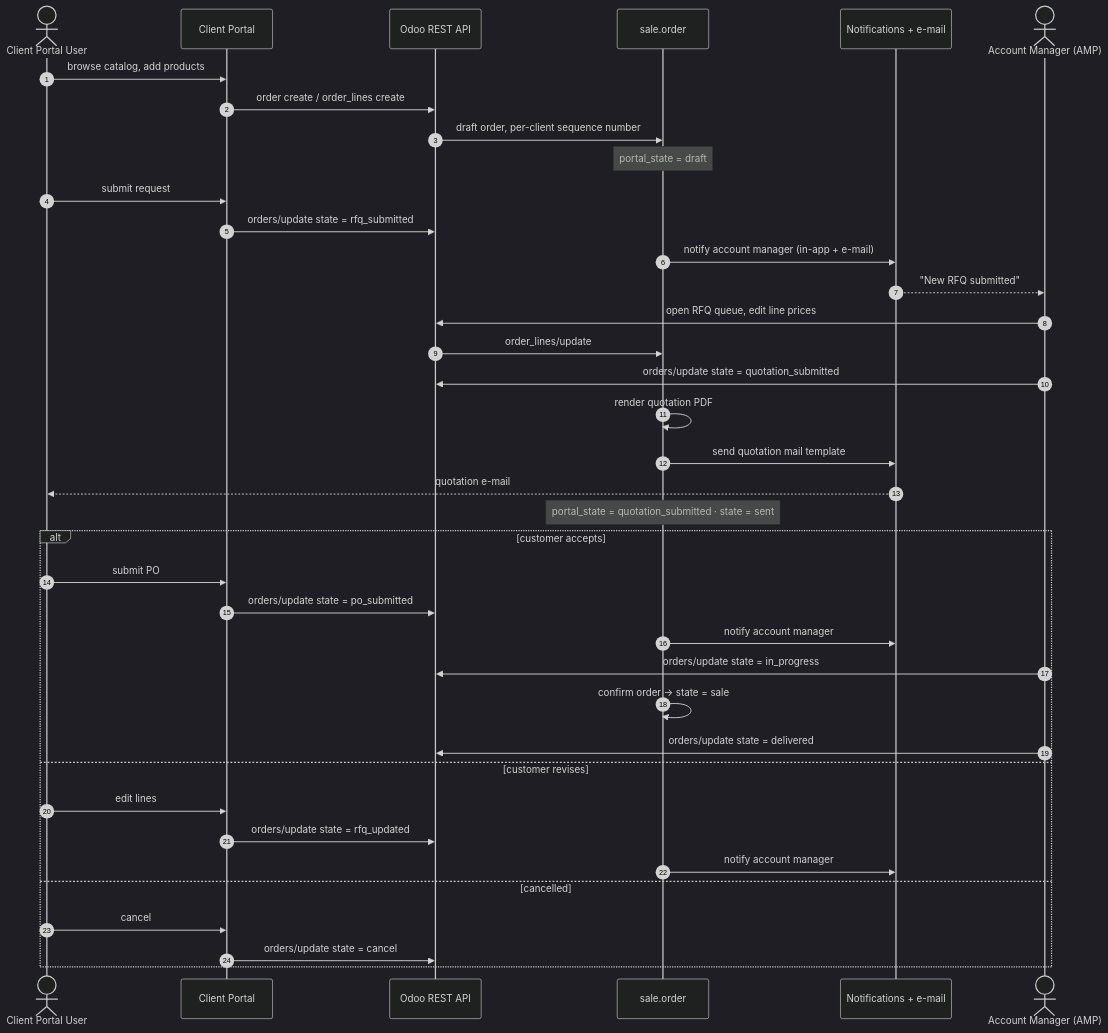
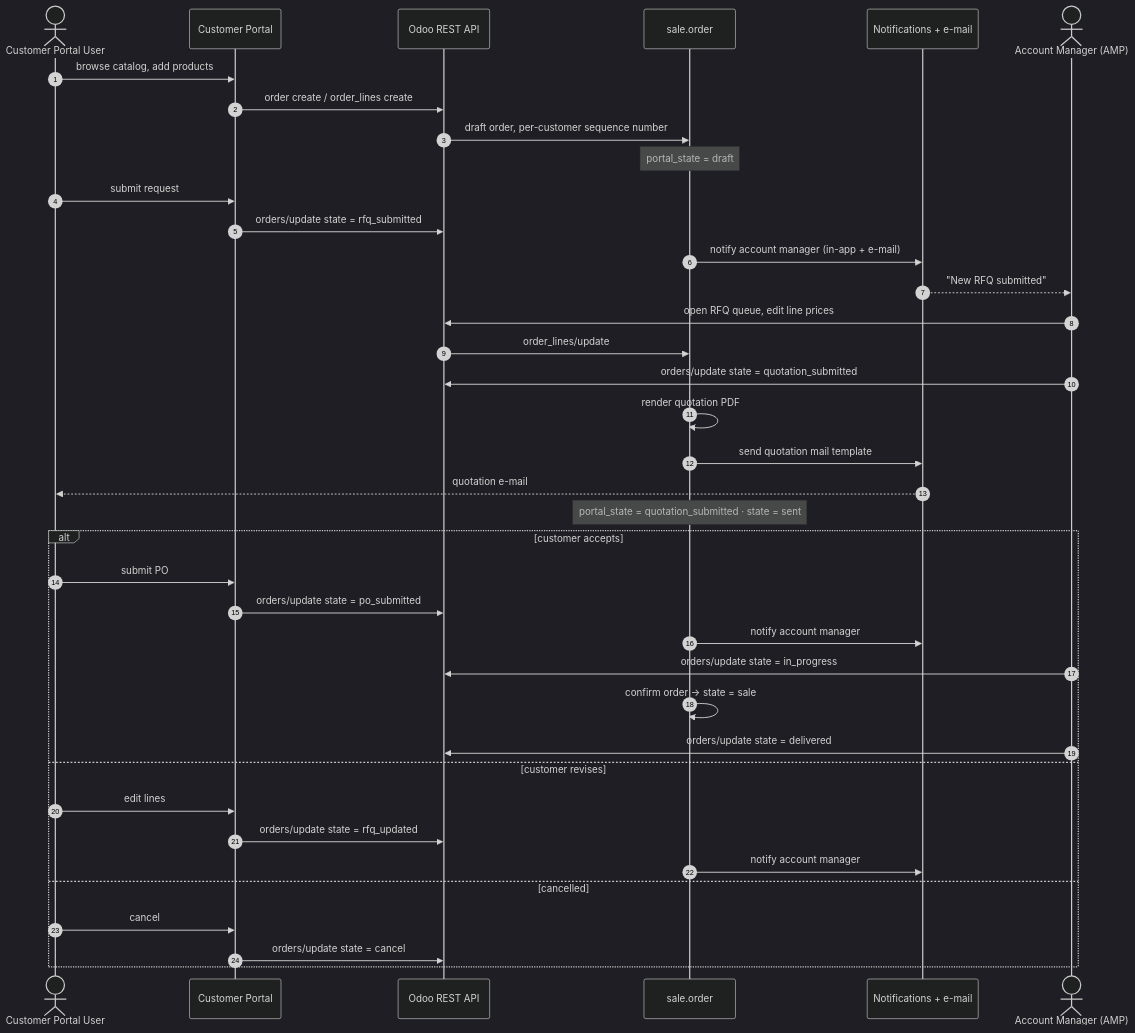
The second of 4 diagrams in docs/b2b_ecommerce_docs/_technical_docs/008-Order-Lifecycle.md (LaplaceSoftware/lp_projects_docs), drawn with Mermaid (dark theme) before and after one commit. The commit also changed other lines of this file and 48 other files, not shown here.

````diff
--- a/docs/b2b_ecommerce_docs/_technical_docs/008-Order-Lifecycle.md
+++ b/docs/b2b_ecommerce_docs/_technical_docs/008-Order-Lifecycle.md
@@ -79,45 +75,45 @@
 ```mermaid
 sequenceDiagram
     autonumber
-    actor C as Client Portal User
-    participant P as Client Portal
+    actor C as Customer Portal User
+    participant P as Customer Portal
     participant API as Odoo REST API
     participant O as sale.order
     participant N as Notifications + e-mail
     actor AM as Account Manager (AMP)
 
     C->>P: browse catalog, add products
     P->>API: order create / order_lines create
-    API->>O: draft order, per-client sequence number
+    API->>O: draft order, per-customer sequence number
     Note over O: portal_state = draft
 
     C->>P: submit request
     P->>API: orders/update state = rfq_submitted
     O->>N: notify account manager (in-app + e-mail)
     N-->>AM: "New RFQ submitted"
 
     AM->>API: open RFQ queue, edit line prices
     API->>O: order_lines/update
 
     AM->>API: orders/update state = quotation_submitted
     O->>O: render quotation PDF
     O->>N: send quotation mail template
     N-->>C: quotation e-mail
     Note over O: portal_state = quotation_submitted · state = sent
 
     alt customer accepts
         C->>P: submit PO
         P->>API: orders/update state = po_submitted
         O->>N: notify account manager
         AM->>API: orders/update state = in_progress
         O->>O: confirm order → state = sale
         AM->>API: orders/update state = delivered
     else customer revises
         C->>P: edit lines
         P->>API: orders/update state = rfq_updated
         O->>N: notify account manager
     else cancelled
         C->>P: cancel
         P->>API: orders/update state = cancel
     end
 ```
````
